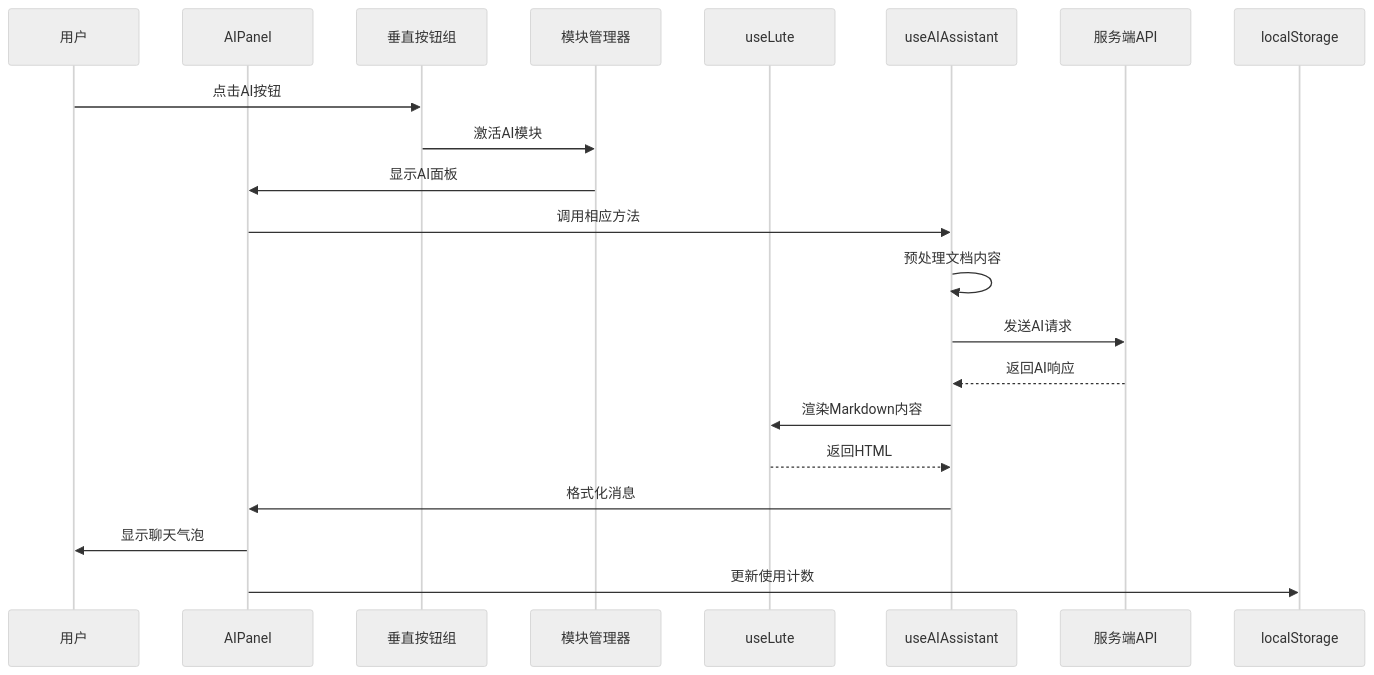
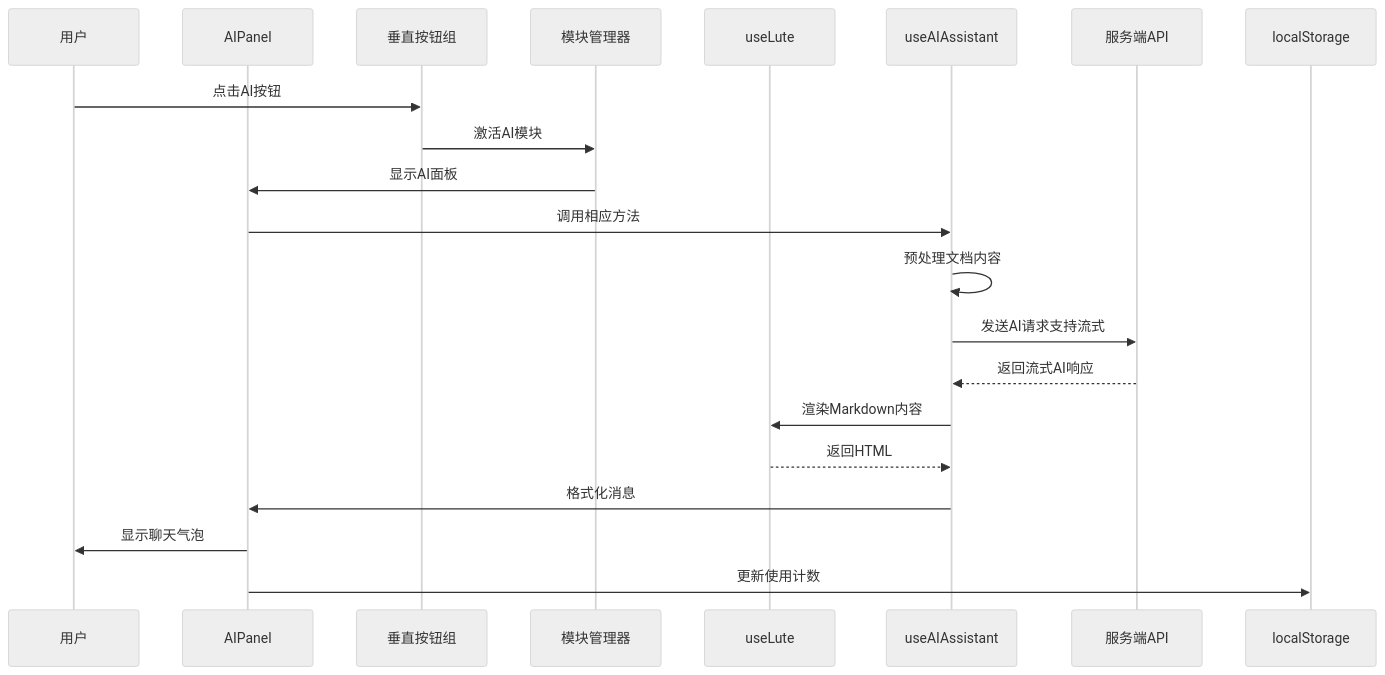
The ninth of 48 diagrams in .qoder/repowiki/zh/content/核心功能/AI助手系统.md (terwer/siyuan-plugin-blog), drawn with Mermaid (neutral theme) before and after one commit. The commit also changed other lines of this file and 3 other files, not shown here.

````diff
--- a/.qoder/repowiki/zh/content/核心功能/AI助手系统.md
+++ b/.qoder/repowiki/zh/content/核心功能/AI助手系统.md
@@ -444,23 +459,23 @@
 ```mermaid
 sequenceDiagram
 participant User as 用户
 participant Panel as AIPanel
 participant CollapsedButtons as 垂直按钮组
 participant ModuleManager as 模块管理器
 participant Lute as useLute
 participant Assistant as useAIAssistant
 participant Server as 服务端API
 participant Storage as localStorage
 User->>CollapsedButtons : 点击AI按钮
 CollapsedButtons->>ModuleManager : 激活AI模块
 ModuleManager->>Panel : 显示AI面板
 Panel->>Assistant : 调用相应方法
 Assistant->>Assistant : 预处理文档内容
-Assistant->>Server : 发送AI请求
-Server-->>Assistant : 返回AI响应
+Assistant->>Server : 发送AI请求支持流式
+Server-->>Assistant : 返回流式AI响应
 Assistant->>Lute : 渲染Markdown内容
 Lute-->>Assistant : 返回HTML
 Assistant->>Panel : 格式化消息
 Panel->>User : 显示聊天气泡
 Panel->>Storage : 更新使用计数
 ```
````
